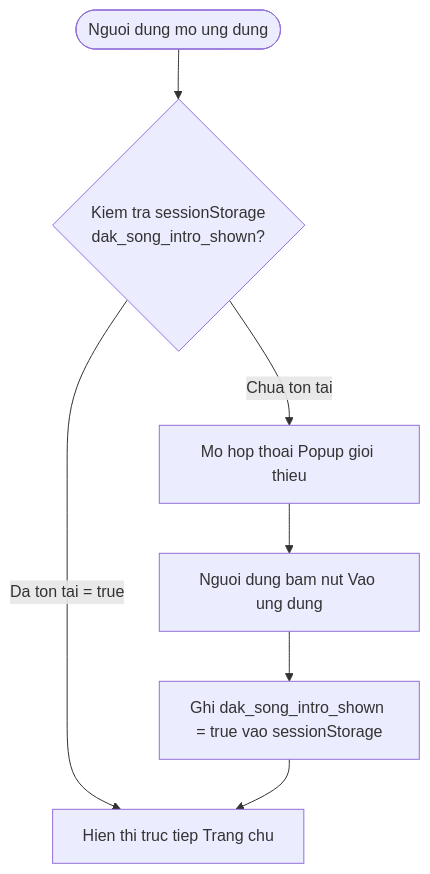
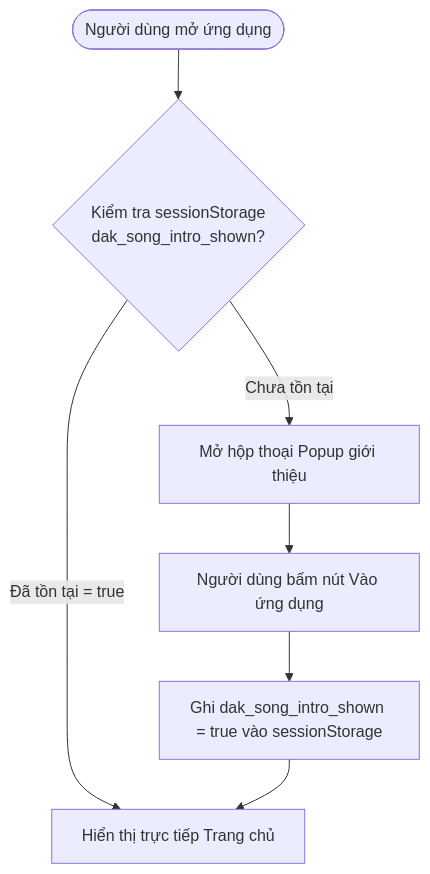
The second of 10 diagrams in MO_TA_HE_THONG.md (ZangKai2k3/dak-song-quest), drawn with Mermaid before and after one commit. The commit also changed other lines of this file and 2 other files, not shown here.

````diff
--- a/MO_TA_HE_THONG.md
+++ b/MO_TA_HE_THONG.md
@@ -270,9 +270,9 @@
 ```mermaid
 flowchart TD
-    StartA([Nguoi dung mo ung dung]) --> CheckSession{Kiem tra sessionStorage\ndak_song_intro_shown?}
-    CheckSession -- "Da ton tai = true" --> ShowHome[Hien thi truc tiep Trang chu]
-    CheckSession -- "Chua ton tai" --> ShowPopup[Mo hop thoai Popup gioi thieu]
-    ShowPopup --> UserClick[Nguoi dung bam nut Vao ung dung]
-    UserClick --> SaveSession[Ghi dak_song_intro_shown = true vao sessionStorage]
+    StartA(["Người dùng mở ứng dụng"]) --> CheckSession{"Kiểm tra sessionStorage\ndak_song_intro_shown?"}
+    CheckSession -- "Đã tồn tại = true" --> ShowHome["Hiển thị trực tiếp Trang chủ"]
+    CheckSession -- "Chưa tồn tại" --> ShowPopup["Mở hộp thoại Popup giới thiệu"]
+    ShowPopup --> UserClick["Người dùng bấm nút Vào ứng dụng"]
+    UserClick --> SaveSession["Ghi dak_song_intro_shown = true vào sessionStorage"]
     SaveSession --> ShowHome
 ```
````
